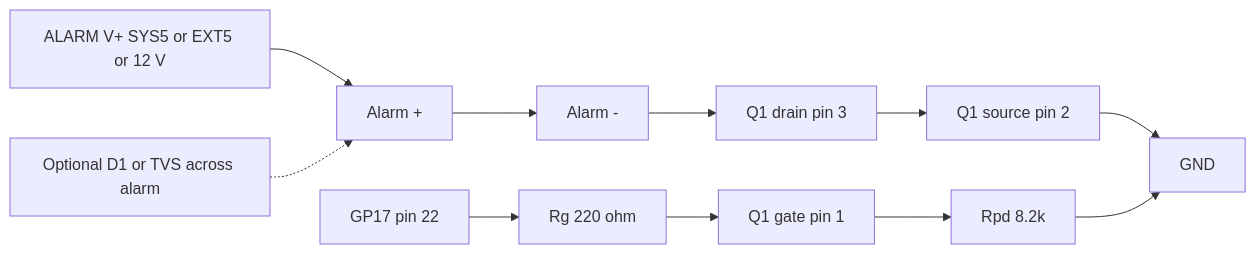
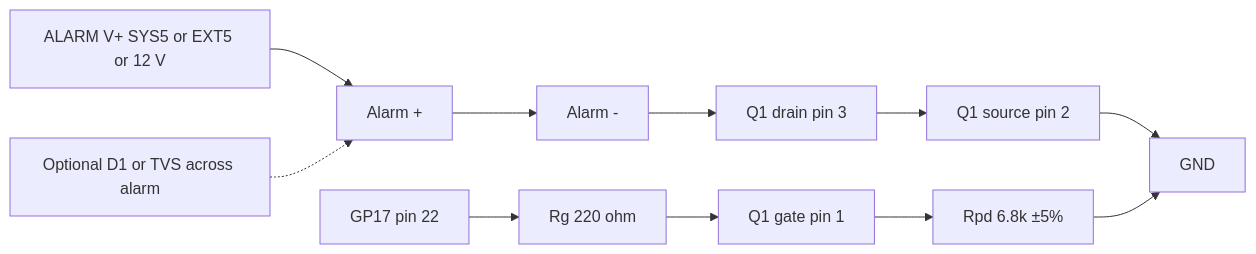
The diagram in docs/data/logic-level-n-mosfet-driver.md (frye/moorpheus), drawn with Mermaid before and after one commit.

Commit message:
Correct E9 pull-down diagram value
Keep the wiring diagram consistent with the 6.8 kΩ E9 pull-down specified in the component table and build guide.

````diff
--- a/docs/data/logic-level-n-mosfet-driver.md
+++ b/docs/data/logic-level-n-mosfet-driver.md
@@ -50,13 +50,13 @@
 ```mermaid
 flowchart LR
   VS["ALARM V+ SYS5 or EXT5 or 12 V"] --> ALP["Alarm +"]
   ALP --> ALM["Alarm -"]
   ALM --> D["Q1 drain pin 3"]
   D --> S["Q1 source pin 2"]
   S --> G0["GND"]
   P17["GP17 pin 22"] --> RG["Rg 220 ohm"]
   RG --> GT["Q1 gate pin 1"]
-  GT -->   RPD["Rpd 8.2k"]
+  GT --> RPD["Rpd 6.8k ±5%"]
   RPD --> G0
   DOPT["Optional D1 or TVS across alarm"] -.-> ALP
 ```
````
